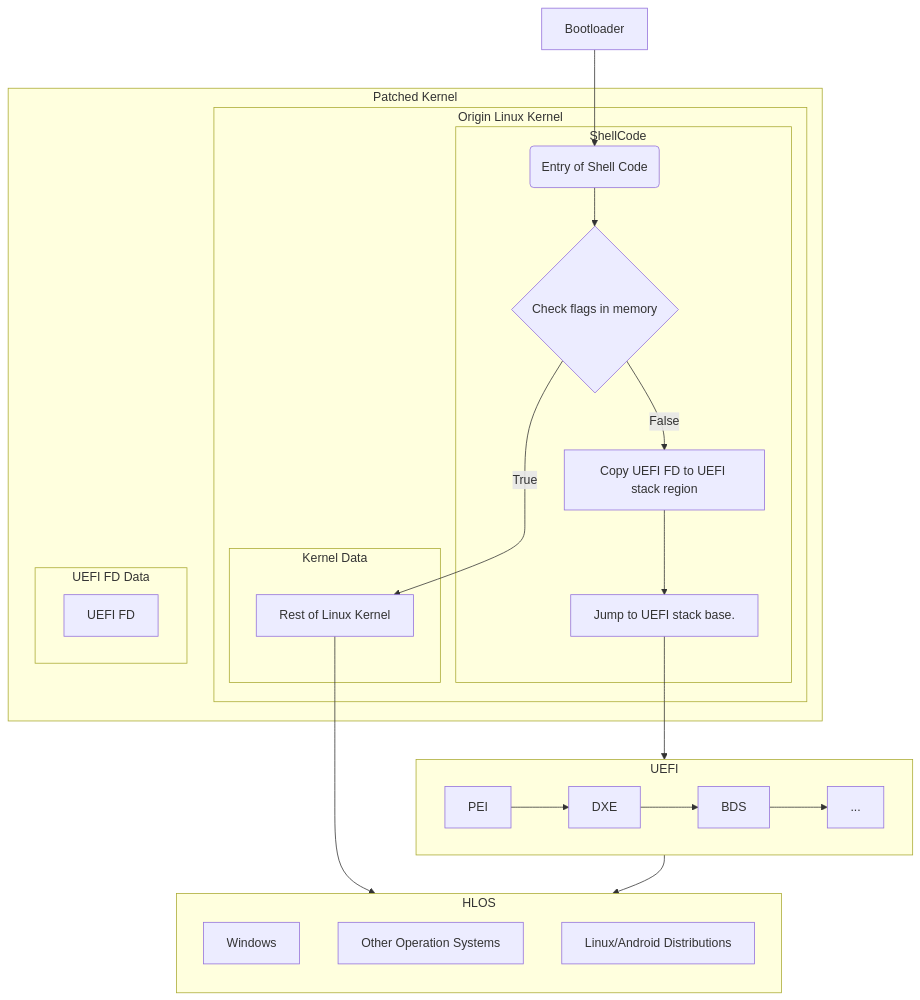
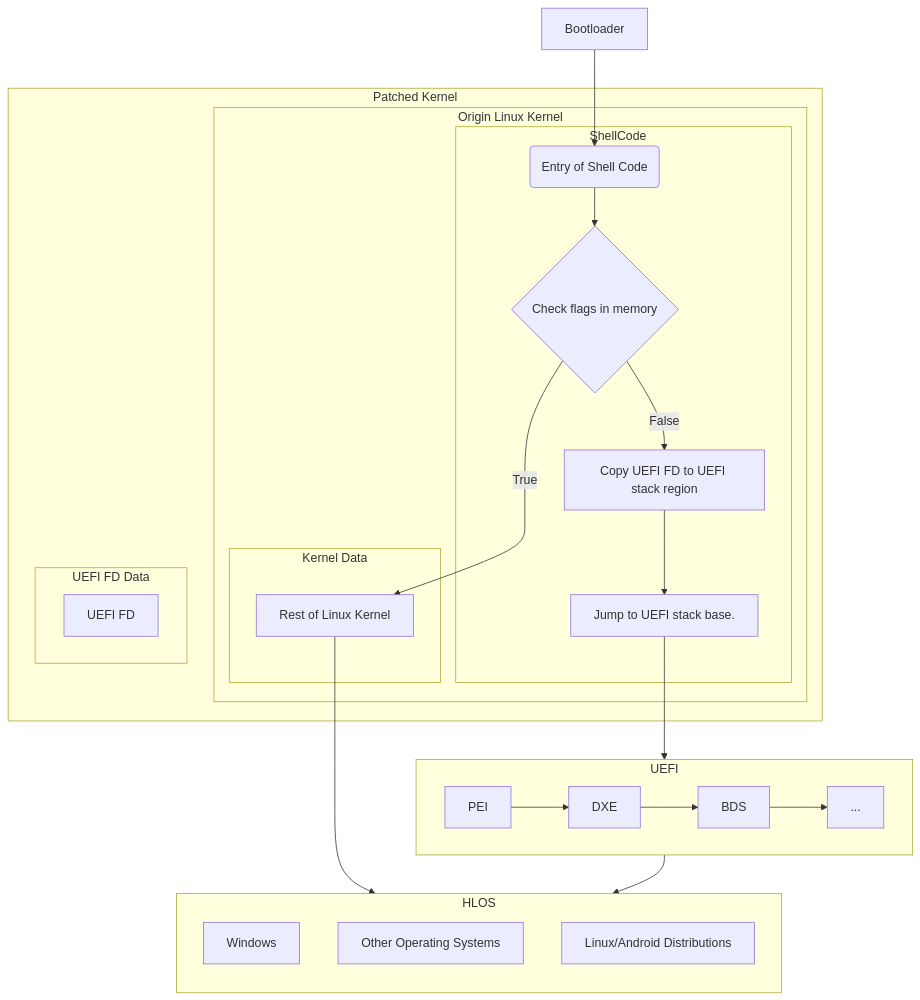
One commit to woa-msmnile/woa-msmnile.github.io changed the first of 2 diagrams in DualBoot/Introduction.md. Above: the diagram before and after it, drawn with Mermaid. The commit also changed 1 other file, not shown here.

Commit message:
en: Dualboot: Add RestartReasonAddress in config.md - Also fix typo.

````diff
--- a/DualBoot/Introduction.md
+++ b/DualBoot/Introduction.md
@@ -8,38 +8,38 @@
 ```mermaid
 flowchart TD
   bl[Bootloader]
   subgraph patched_kernel[Patched Kernel]
     subgraph ori_kernel[Origin Linux Kernel]
       subgraph shellcode[ShellCodeᅟᅠ]
         start_shellcode(Entry of Shell Code)
         check_memory{Check flags in memory}
         copy_fd[Copy UEFI FD to UEFI stack region]
         jump_stack_base[Jump to UEFI stack base.]
       end
       subgraph kernel_data[Kernel Data]
         kernel[Rest of Linux Kernel]
       end
     end
     subgraph uefi_fd[UEFI FD Data]
       uefi[UEFI FD]
     end
   end
   
   subgraph uefi_program[UEFI]
     direction LR
     PEI-->DXE-->BDS-->etc[...]
   end
   
   subgraph hlos[HLOS]
     direction TB
     win[Windows]
-    other_os[Other Operation Systems]
+    other_os[Other Operating Systems]
     android_distribution[Linux/Android Distributions]
   end
 
   bl --> start_shellcode --> check_memory
   check_memory -- False --> copy_fd
   check_memory -- True --> kernel
   kernel --> android_distribution
   copy_fd --> jump_stack_base --> uefi_program --> hlos
 ```
````
